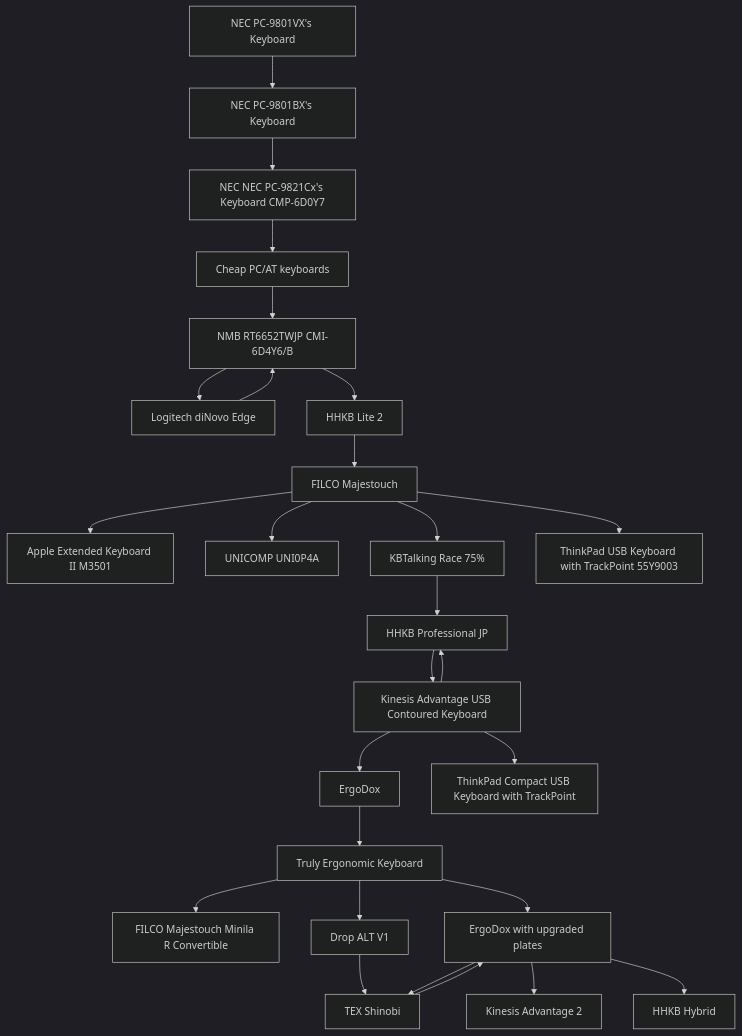
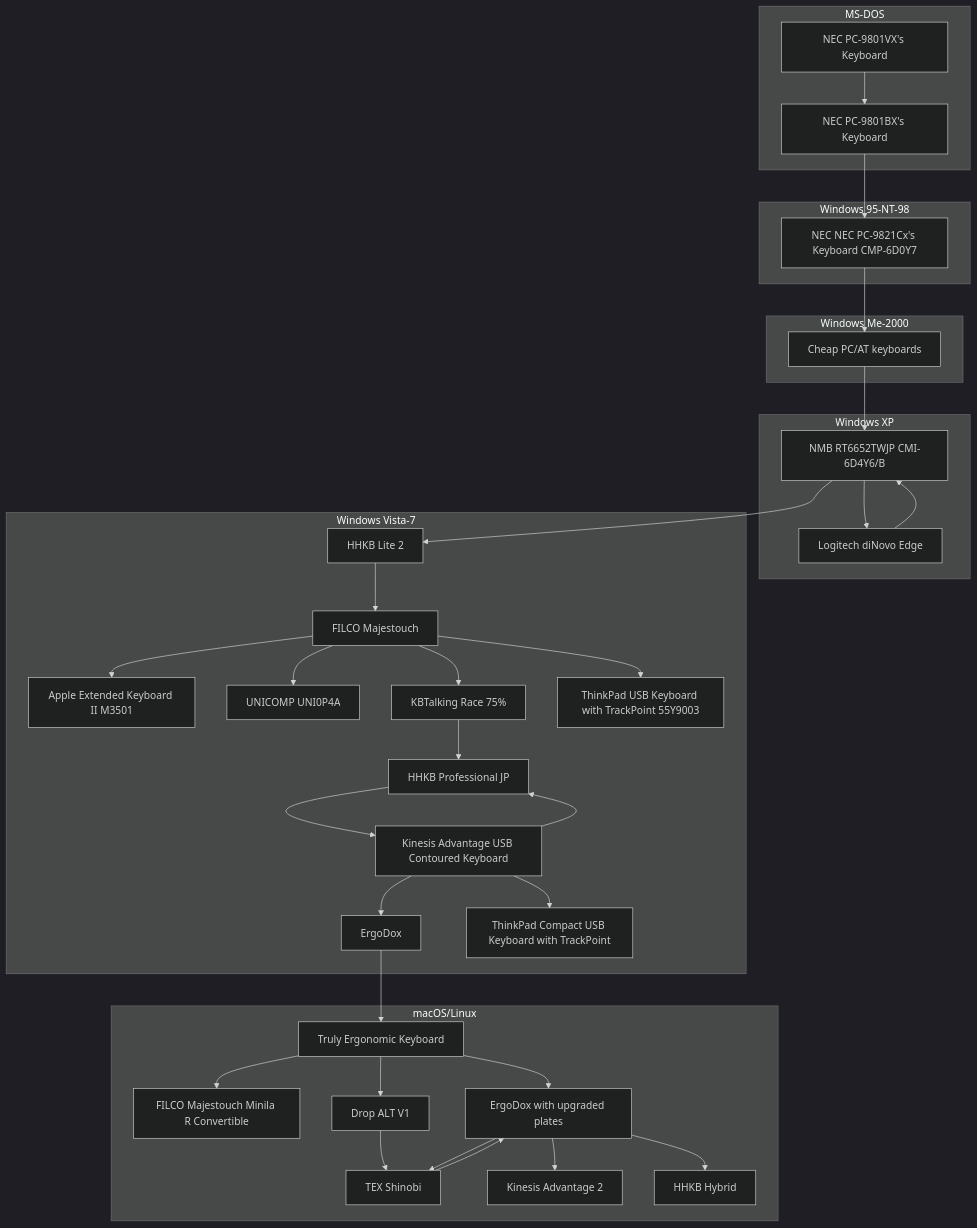
The diagram in hid.md (sumibi-yakitori/sumibi-yakitori), drawn with Mermaid (dark theme) before and after one commit.

Commit message:
no message

````diff
--- a/hid.md
+++ b/hid.md
@@ -19,28 +19,40 @@
 ```mermaid
 graph TD;
+    subgraph MS-DOS
     pc9801vx[NEC PC-9801VX's Keyboard]-->pc9801bx[NEC PC-9801BX's Keyboard];
+    end
+    subgraph Windows 95-NT-98
     pc9801bx-->pc9821cx13[NEC NEC PC-9821Cx's Keyboard CMP-6D0Y7];
+    end
+    subgraph Windows Me-2000
     pc9821cx13-->pcat1[Cheap PC/AT keyboards];
+    end
+    subgraph Windows XP
     pcat1-->nmb;
     nmb[NMB RT6652TWJP CMI-6D4Y6/B]-->Logitech[Logitech diNovo Edge]-->nmb;
+    end
+    subgraph Windows Vista-7
     nmb-->hhkb-lite[HHKB Lite 2];
     hhkb-lite-->filco-m[FILCO Majestouch];
     filco-m-->ae-kb[Apple Extended Keyboard II M3501];
     filco-m-->unicomp[UNICOMP UNI0P4A];
     filco-m-->race[KBTalking Race 75%];
     filco-m-->thinkpad1[ThinkPad USB Keyboard with TrackPoint 55Y9003];
     race-->hhkb-pro-jp[HHKB Professional JP];
     hhkb-pro-jp-->kinesis-a[Kinesis Advantage USB Contoured Keyboard];
     kinesis-a-->hhkb-pro-jp;
     kinesis-a-->ergodox1[ErgoDox];
     kinesis-a-->thinkpad2[ThinkPad Compact USB Keyboard with TrackPoint];
+    end
+    subgraph macOS/Linux
     ergodox1-->teck[Truly Ergonomic Keyboard];
     teck-->filco-minila-r[FILCO Majestouch Minila R Convertible];
     teck-->ergodox2[ErgoDox with upgraded plates];
     teck-->drop-alt[Drop ALT V1];
     drop-alt-->shinobi;
     ergodox2-->shinobi[TEX Shinobi];
     shinobi-->ergodox2
     ergodox2-->kinesis-a2[Kinesis Advantage 2];
     ergodox2-->hhkb-hybrid[HHKB Hybrid];
+    end
 ```
````
